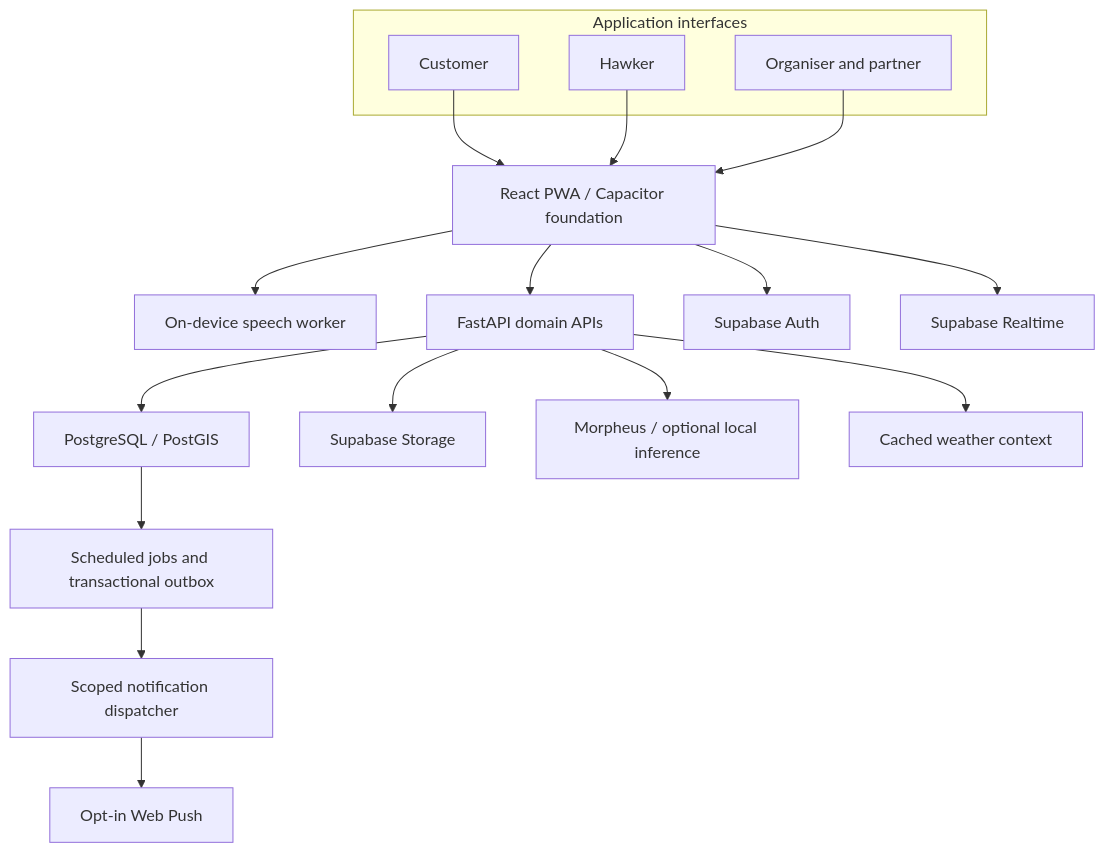
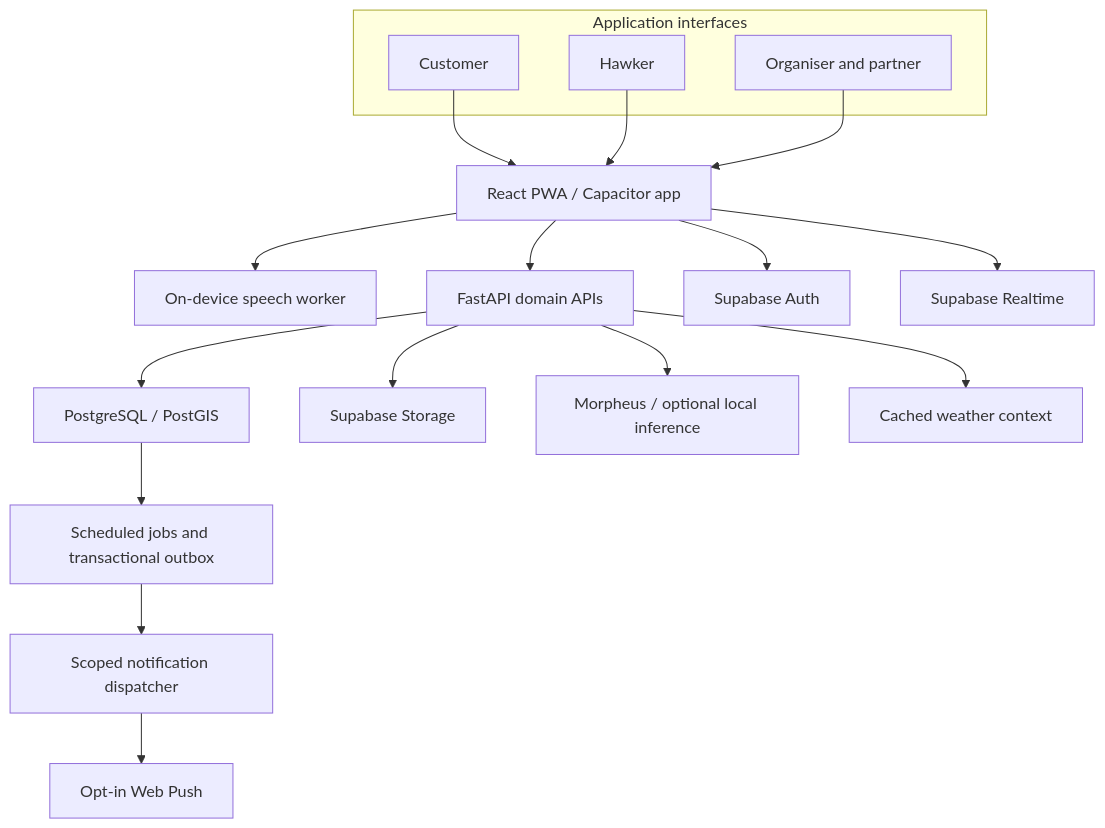
One commit to TEE123754/PasarMalam changed the second of 2 diagrams in README.md. Above: the diagram before and after it, drawn with Mermaid. The commit also changed other lines of this file and 1 other file, not shown here.

````diff
--- a/README.md
+++ b/README.md
@@ -202,23 +224,23 @@
 ```mermaid
 flowchart TB
     subgraph Interfaces[Application interfaces]
         Customer[Customer]
         Hawker[Hawker]
         Organiser[Organiser and partner]
     end
 
-    Customer --> Web[React PWA / Capacitor foundation]
+    Customer --> Web[React PWA / Capacitor app]
     Hawker --> Web
     Organiser --> Web
     Web --> Speech[On-device speech worker]
     Web --> API[FastAPI domain APIs]
     Web --> Auth[Supabase Auth]
     Web --> Realtime[Supabase Realtime]
     API --> Database[PostgreSQL / PostGIS]
     API --> Storage[Supabase Storage]
     API --> AI[Morpheus / optional local inference]
     API --> Weather[Cached weather context]
     Database --> Jobs[Scheduled jobs and transactional outbox]
     Jobs --> Dispatcher[Scoped notification dispatcher]
     Dispatcher --> Push[Opt-in Web Push]
 ```
````
